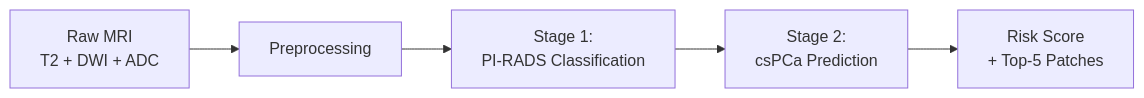
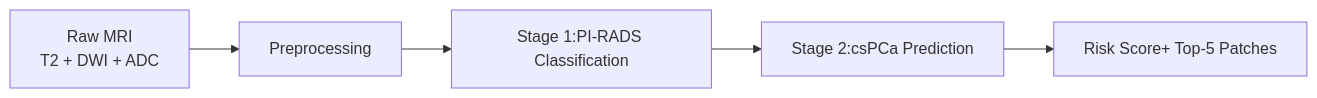
The diagram in docs/index.md (anirudhbalaraman/WSAttention-Prostate), drawn with Mermaid before and after one commit. The commit also changed other lines of this file, not shown here.

Commit message:
Revise documentation for preprocessing and pipeline
Updated the documentation to clarify preprocessing steps and the end-to-end pipeline.

````diff
--- a/docs/index.md
+++ b/docs/index.md
@@ -21,7 +21,7 @@
 ```mermaid
 flowchart LR
     A[Raw MRI\nT2 + DWI + ADC] --> B[Preprocessing]
-    B --> C[Stage 1:\nPI-RADS Classification]
-    C --> D[Stage 2:\ncsPCa Prediction]
-    D --> E[Risk Score\n+ Top-5 Patches]
+    B --> C[Stage 1:PI-RADS Classification]
+    C --> D[Stage 2:csPCa Prediction]
+    D --> E[Risk Score+ Top-5 Patches]
 ```
````
